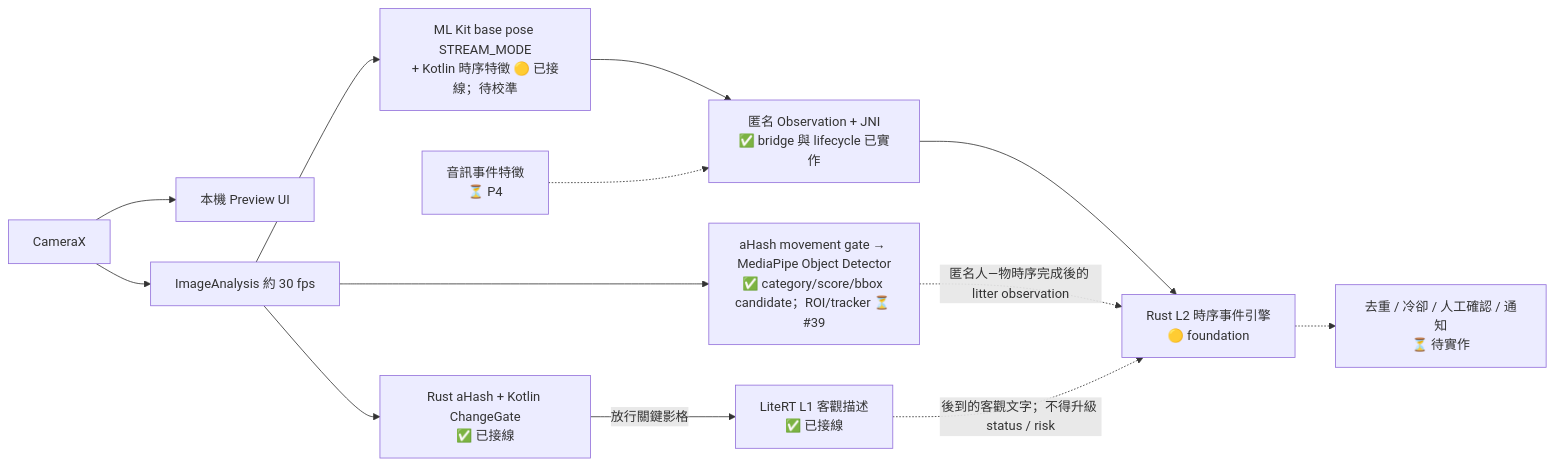
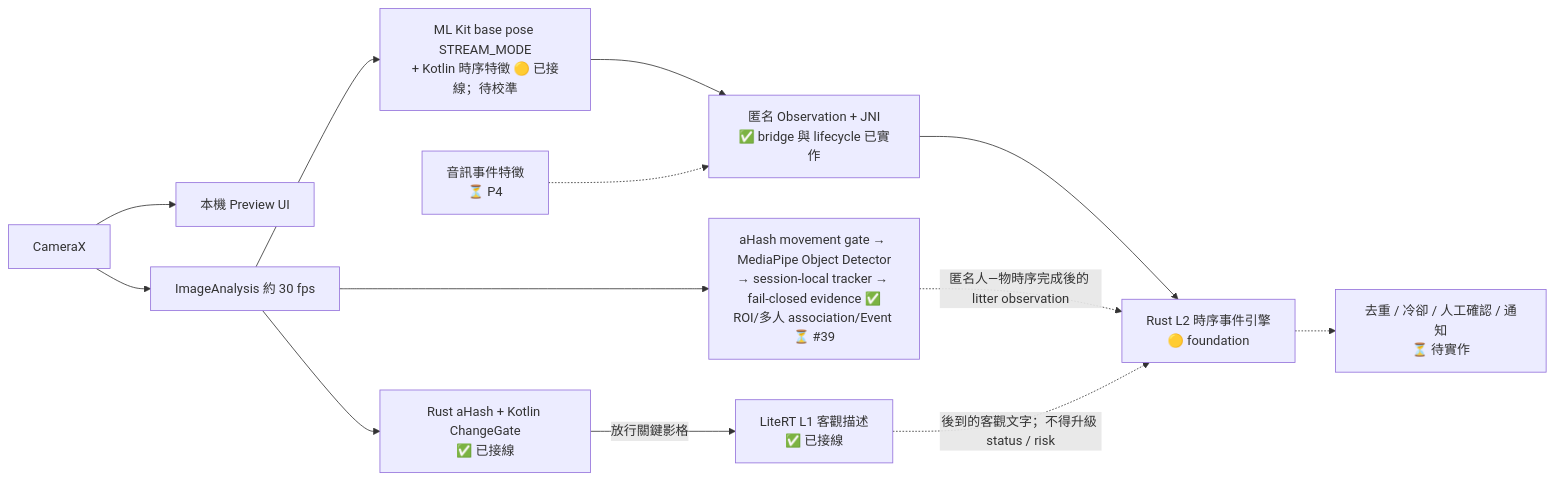
One commit to TingFengChou/claustrum changed the second of 4 diagrams in README.md. Above: the diagram before and after it, drawn with Mermaid. The commit also changed other lines of this file and 15 other files, not shown here.

````diff
--- a/README.md
+++ b/README.md
@@ -132,25 +134,25 @@
 ```mermaid
 flowchart LR
   CAM["CameraX"]
   PREVIEW["本機 Preview UI"]
   IA["ImageAnalysis 約 30 fps"]
   L0["Rust aHash + Kotlin ChangeGate<br/>✅ 已接線"]
   L1["LiteRT L1 客觀描述<br/>✅ 已接線"]
   EXT["ML Kit base pose STREAM_MODE<br/>+ Kotlin 時序特徵 🟡 已接線；待校準"]
-  OBJ["aHash movement gate → MediaPipe Object Detector<br/>✅ category/score/bbox candidate；ROI/tracker ⏳ #39"]
+  OBJ["aHash movement gate → MediaPipe Object Detector<br/>→ session-local tracker → fail-closed evidence ✅<br/>ROI/多人 association/Event ⏳ #39"]
   OBS["匿名 Observation + JNI<br/>✅ bridge 與 lifecycle 已實作"]
   L2["Rust L2 時序事件引擎<br/>🟡 foundation"]
   POLICY["去重 / 冷卻 / 人工確認 / 通知<br/>⏳ 待實作"]
   AUDIO["音訊事件特徵<br/>⏳ P4"]
 
   CAM --> PREVIEW
   CAM --> IA --> L0 -->|"放行關鍵影格"| L1
   IA --> EXT
   IA --> OBJ
   EXT --> OBS
   OBS --> L2
   OBJ -.->|"匿名人—物時序完成後的 litter observation"| L2
   L2 -.-> POLICY
   AUDIO -.-> OBS
   L1 -.->|"後到的客觀文字；不得升級 status / risk"| L2
 ```
````
